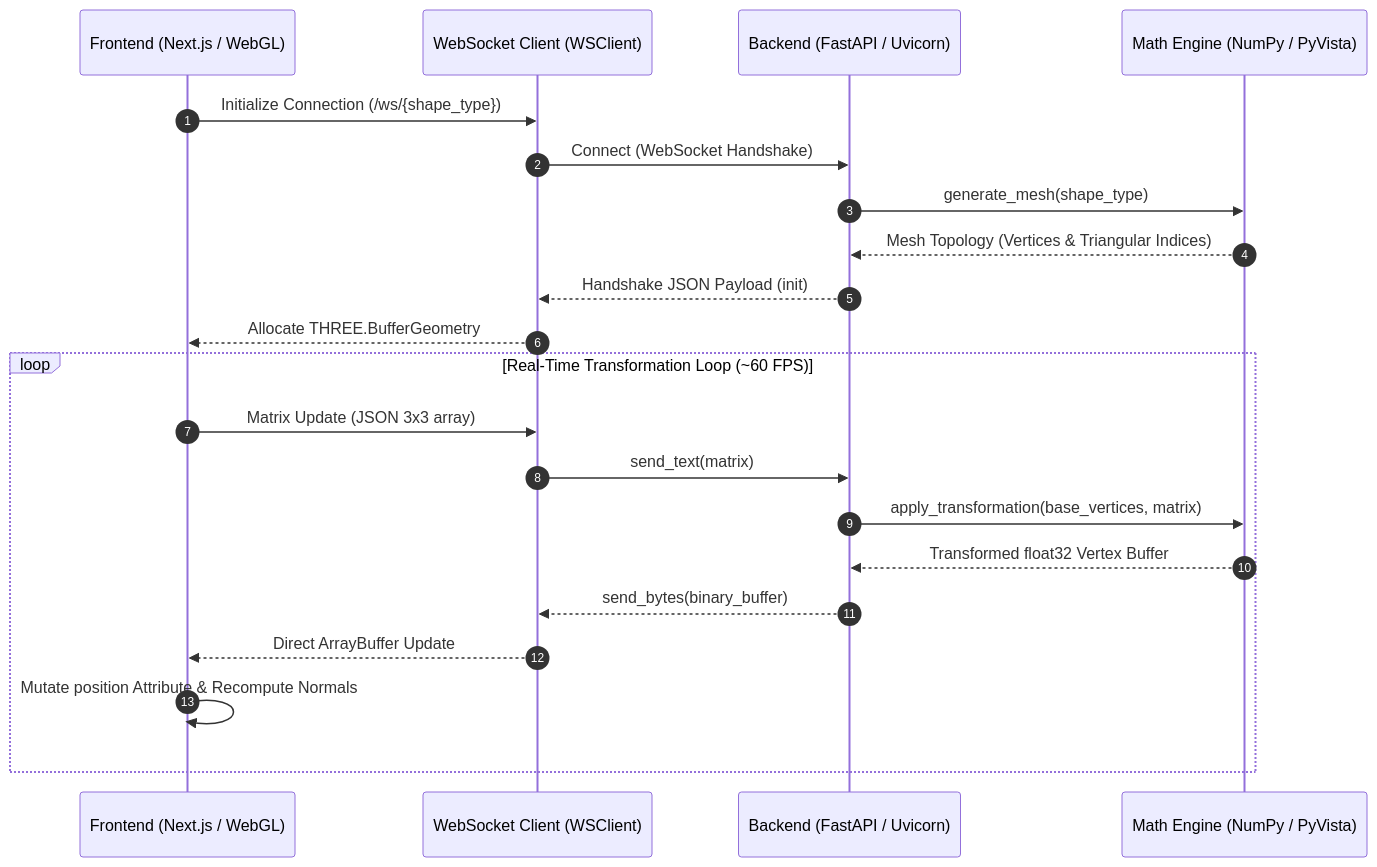
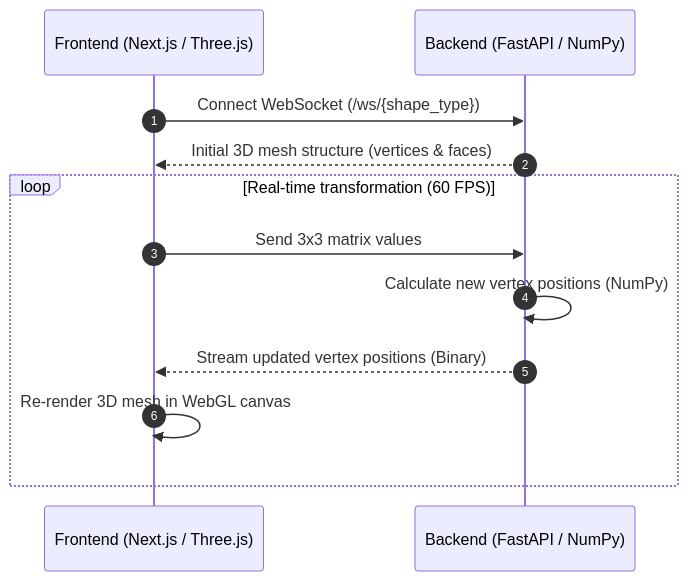
Before and after one commit to karamzbdour/lin-alg-made-easy: the diagram in README.md, drawn with Mermaid. The commit also changed other lines of this file, not shown here.

````diff
--- a/README.md
+++ b/README.md
@@ -14,25 +31,16 @@
 ```mermaid
 sequenceDiagram
     autonumber
-    participant Client as Frontend (Next.js / WebGL)
-    participant WS as WebSocket Client (WSClient)
-    participant Server as Backend (FastAPI / Uvicorn)
-    participant Engine as Math Engine (NumPy / PyVista)
+    participant Frontend as Frontend (Next.js / Three.js)
+    participant Backend as Backend (FastAPI / NumPy)
 
-    Client->>WS: Initialize Connection (/ws/{shape_type})
-    WS->>Server: Connect (WebSocket Handshake)
-    Server->>Engine: generate_mesh(shape_type)
-    Engine-->>Server: Mesh Topology (Vertices & Triangular Indices)
-    Server-->>WS: Handshake JSON Payload (init)
-    WS-->>Client: Allocate THREE.BufferGeometry
-
-    loop Real-Time Transformation Loop (~60 FPS)
-        Client->>WS: Matrix Update (JSON 3x3 array)
-        WS->>Server: send_text(matrix)
-        Server->>Engine: apply_transformation(base_vertices, matrix)
-        Engine-->>Server: Transformed float32 Vertex Buffer
-        Server-->>WS: send_bytes(binary_buffer)
-        WS-->>Client: Direct ArrayBuffer Update
-        Client->>Client: Mutate position Attribute & Recompute Normals
+    Frontend->>Backend: Connect WebSocket (/ws/{shape_type})
+    Backend-->>Frontend: Initial 3D mesh structure (vertices & faces)
+    
+    loop Real-time transformation (60 FPS)
+        Frontend->>Backend: Send 3x3 matrix values
+        Backend->>Backend: Calculate new vertex positions (NumPy)
+        Backend-->>Frontend: Stream updated vertex positions (Binary)
+        Frontend->>Frontend: Re-render 3D mesh in WebGL canvas
     end
 ```
````
